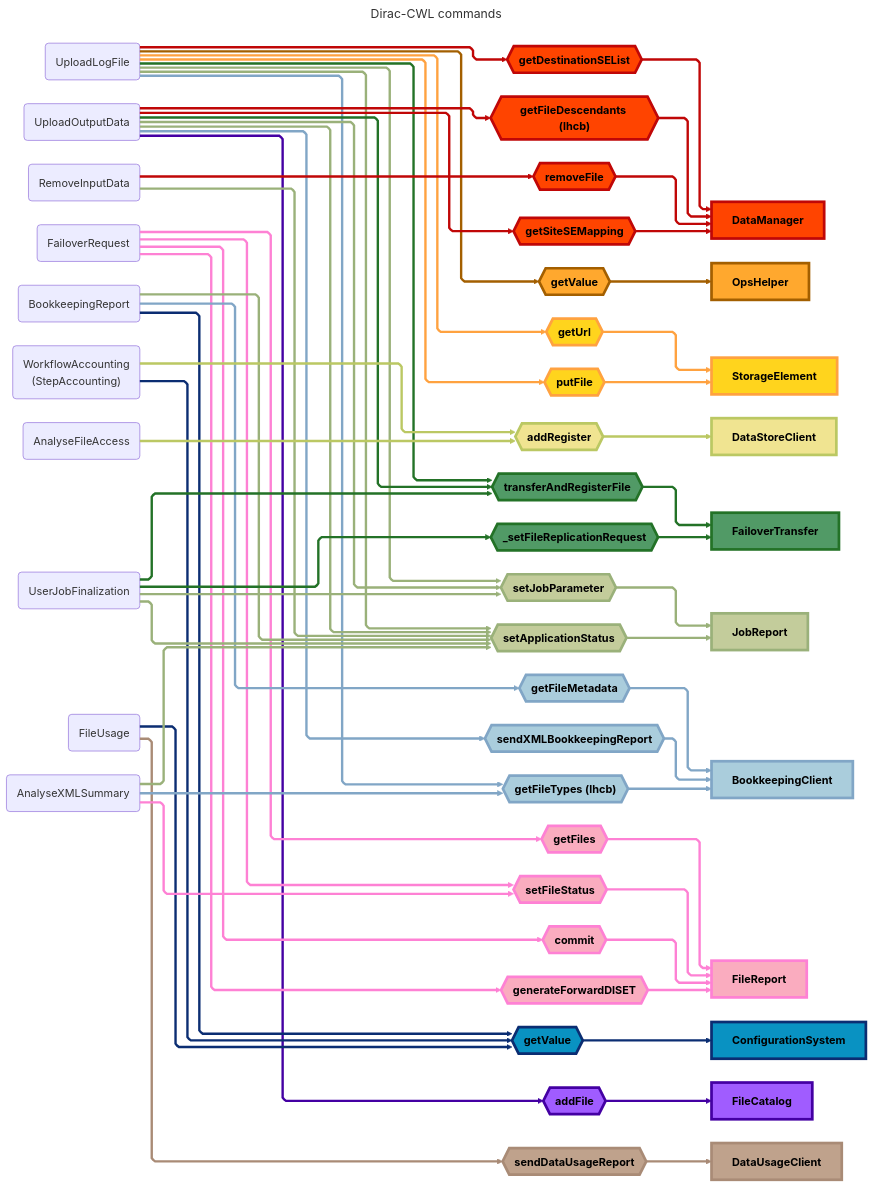
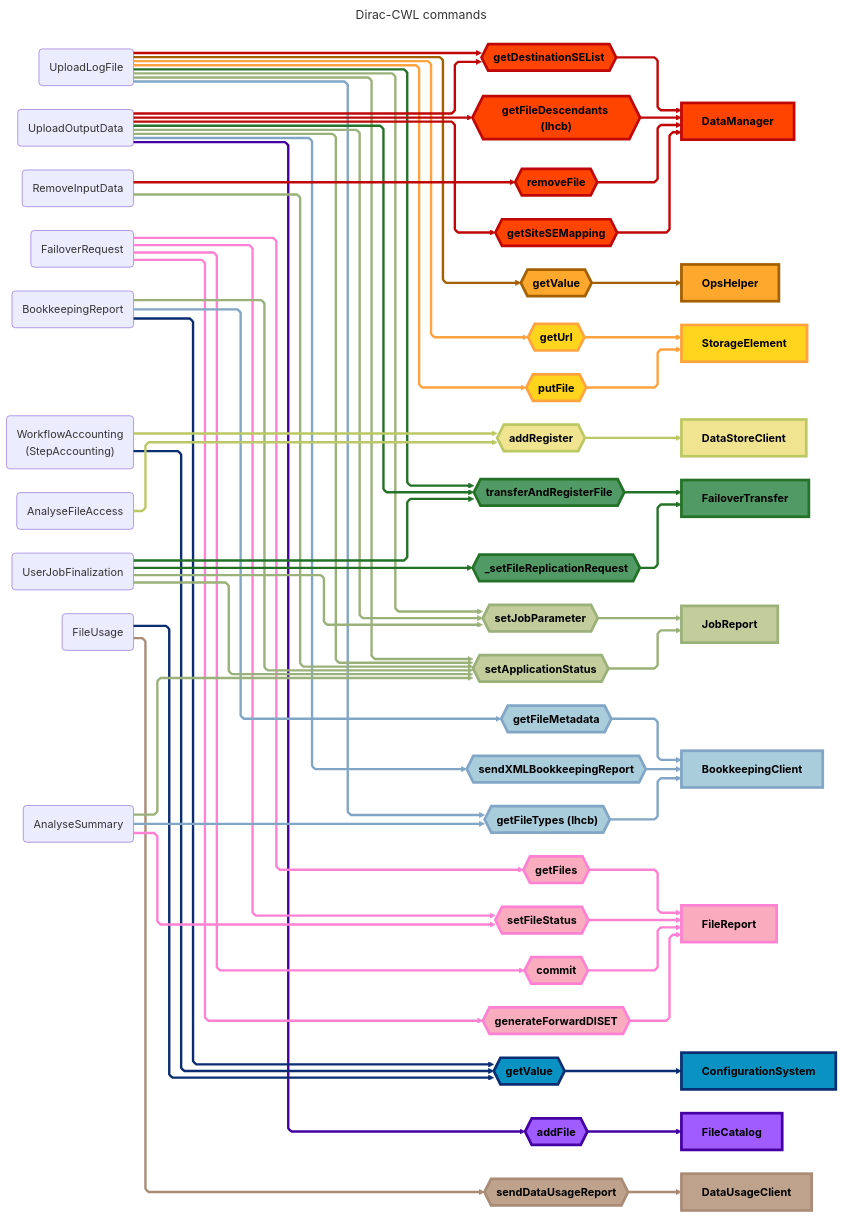
One commit to DIRACGrid/dirac-cwl changed the fifth of 5 diagrams in docs/design/lhcb-workflows.md. Above: the diagram before and after it, drawn with Mermaid. The commit also changed other lines of this file, not shown here.

````diff
--- a/docs/design/lhcb-workflows.md
+++ b/docs/design/lhcb-workflows.md
@@ -623,12 +689,13 @@
     UploadOutputData UploadOutputData_l5@===> addFile
     UploadOutputData UploadOutputData_l6@===> getFileDescendants
     UploadOutputData UploadOutputData_l7@===> getSiteSEMapping
+    UploadOutputData UploadOutputData_l8@===> getDestinationSEList
 
     class UploadOutputData_l1 FailoverTransferLink
     class UploadOutputData_l2,UploadOutputData_l3 JobReportLink
     class UploadOutputData_l4 BookkeepingClientLink
     class UploadOutputData_l5 FileCatalogLink
-    class UploadOutputData_l6,UploadOutputData_l7 DataManagerLink
+    class UploadOutputData_l6,UploadOutputData_l7,UploadOutputData_l8 DataManagerLink
 
     %% ======================
 
@@ -706,14 +773,14 @@
 
     %% ======================
 
-    AnalyseXMLSummary("AnalyseXMLSummary")
+    AnalyseSummary("AnalyseSummary")
 
-    AnalyseXMLSummary AnalyseXMLSummary_l1@===> getFileTypes
-    AnalyseXMLSummary AnalyseXMLSummary_l2@===> setApplicationStatus
-    AnalyseXMLSummary AnalyseXMLSummary_l3@===> setFileStatus
+    AnalyseSummary AnalyseSummary_l1@===> getFileTypes
+    AnalyseSummary AnalyseSummary_l2@===> setApplicationStatus
+    AnalyseSummary AnalyseSummary_l3@===> setFileStatus
 
-    class AnalyseXMLSummary_l1 BookkeepingClientLink
-    class AnalyseXMLSummary_l2 JobReportLink
-    class AnalyseXMLSummary_l3 FileReportLink
+    class AnalyseSummary_l1 BookkeepingClientLink
+    class AnalyseSummary_l2 JobReportLink
+    class AnalyseSummary_l3 FileReportLink
 
 ```
````
